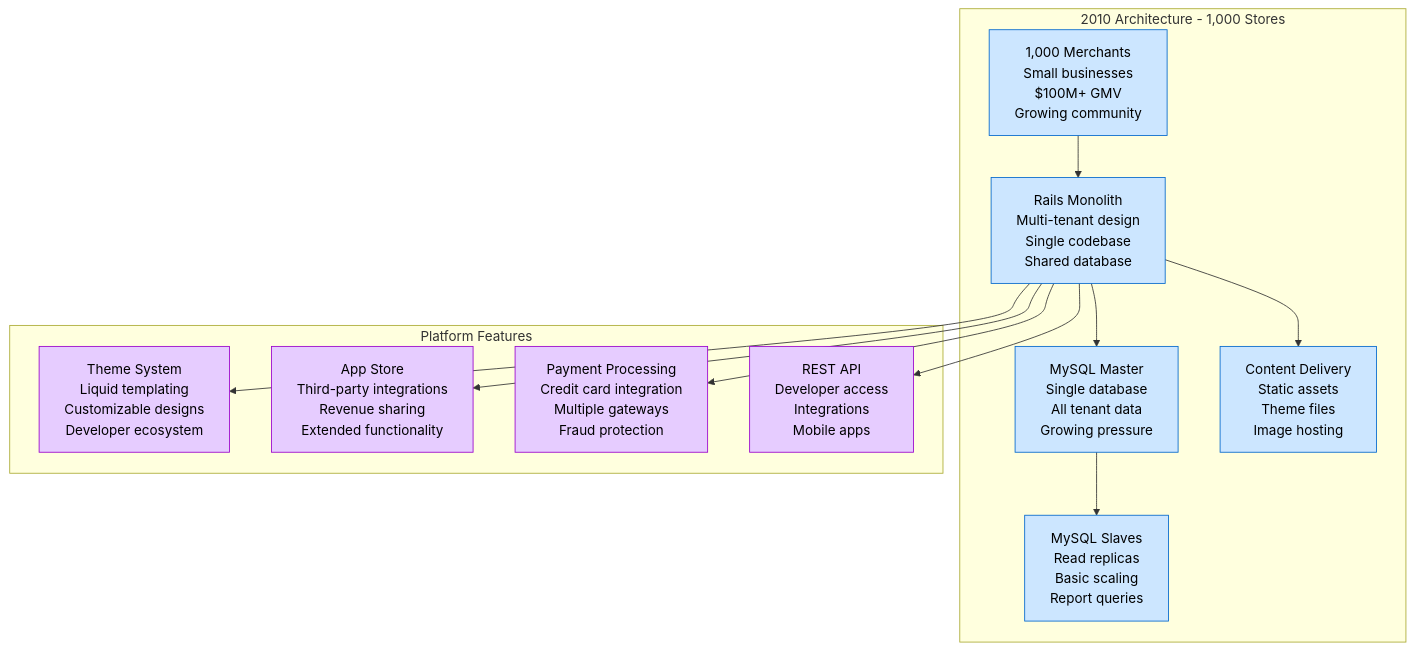
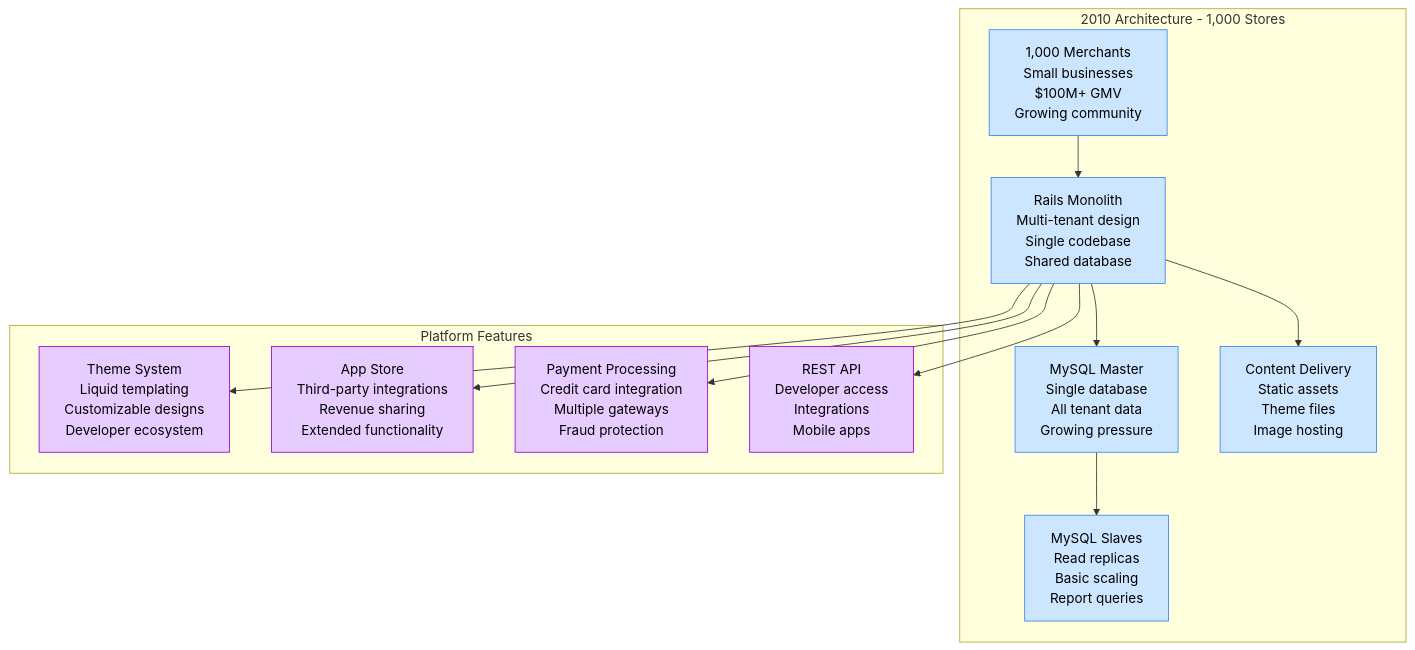
One commit to deepaucksharma/DS changed the third of 10 diagrams in site/docs/systems/shopify/scale-evolution.md. Above: the diagram before and after it, drawn with Mermaid. The commit also changed other lines of this file and 303 other files, not shown here.

````diff
--- a/site/docs/systems/shopify/scale-evolution.md
+++ b/site/docs/systems/shopify/scale-evolution.md
@@ -86,41 +86,41 @@
 ```mermaid
 graph TB
     subgraph "2010 Architecture - 1,000 Stores"
         CUSTOMERS[1,000 Merchants<br/>Small businesses<br/>$100M+ GMV<br/>Growing community]
 
         RAILS_MONOLITH[Rails Monolith<br/>Multi-tenant design<br/>Single codebase<br/>Shared database]
 
         MYSQL_MASTER[MySQL Master<br/>Single database<br/>All tenant data<br/>Growing pressure]
 
         MYSQL_SLAVE[MySQL Slaves<br/>Read replicas<br/>Basic scaling<br/>Report queries]
 
         CDN[Content Delivery<br/>Static assets<br/>Theme files<br/>Image hosting]
 
         CUSTOMERS --> RAILS_MONOLITH
         RAILS_MONOLITH --> MYSQL_MASTER
         MYSQL_MASTER --> MYSQL_SLAVE
         RAILS_MONOLITH --> CDN
     end
 
     subgraph "Platform Features"
         THEMES[Theme System<br/>Liquid templating<br/>Customizable designs<br/>Developer ecosystem]
 
         APPS[App Store<br/>Third-party integrations<br/>Revenue sharing<br/>Extended functionality]
 
         PAYMENTS[Payment Processing<br/>Credit card integration<br/>Multiple gateways<br/>Fraud protection]
 
         API[REST API<br/>Developer access<br/>Integrations<br/>Mobile apps]
     end
 
     RAILS_MONOLITH --> THEMES
     RAILS_MONOLITH --> APPS
     RAILS_MONOLITH --> PAYMENTS
     RAILS_MONOLITH --> API
 
     %% Apply platform colors
-    classDef platformStyle fill:#CCE6FF,stroke:#0066CC,color:#000
+    classDef platformStyle fill:#CCE6FF,stroke:#3B82F6,color:#000
     classDef featureStyle fill:#E6CCFF,stroke:#9900CC,color:#000
 
     class CUSTOMERS,RAILS_MONOLITH,MYSQL_MASTER,MYSQL_SLAVE,CDN platformStyle
     class THEMES,APPS,PAYMENTS,API featureStyle
 ```
````
